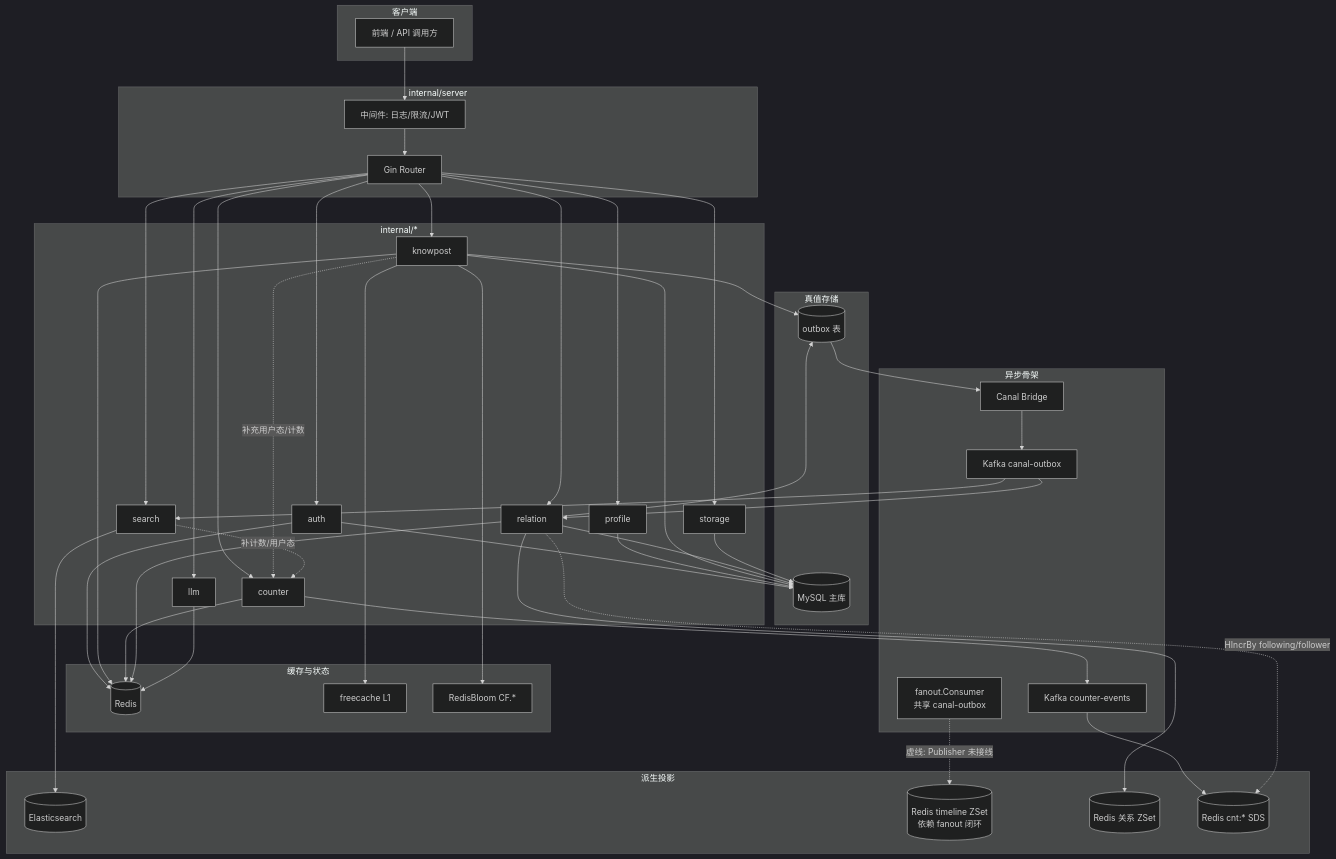
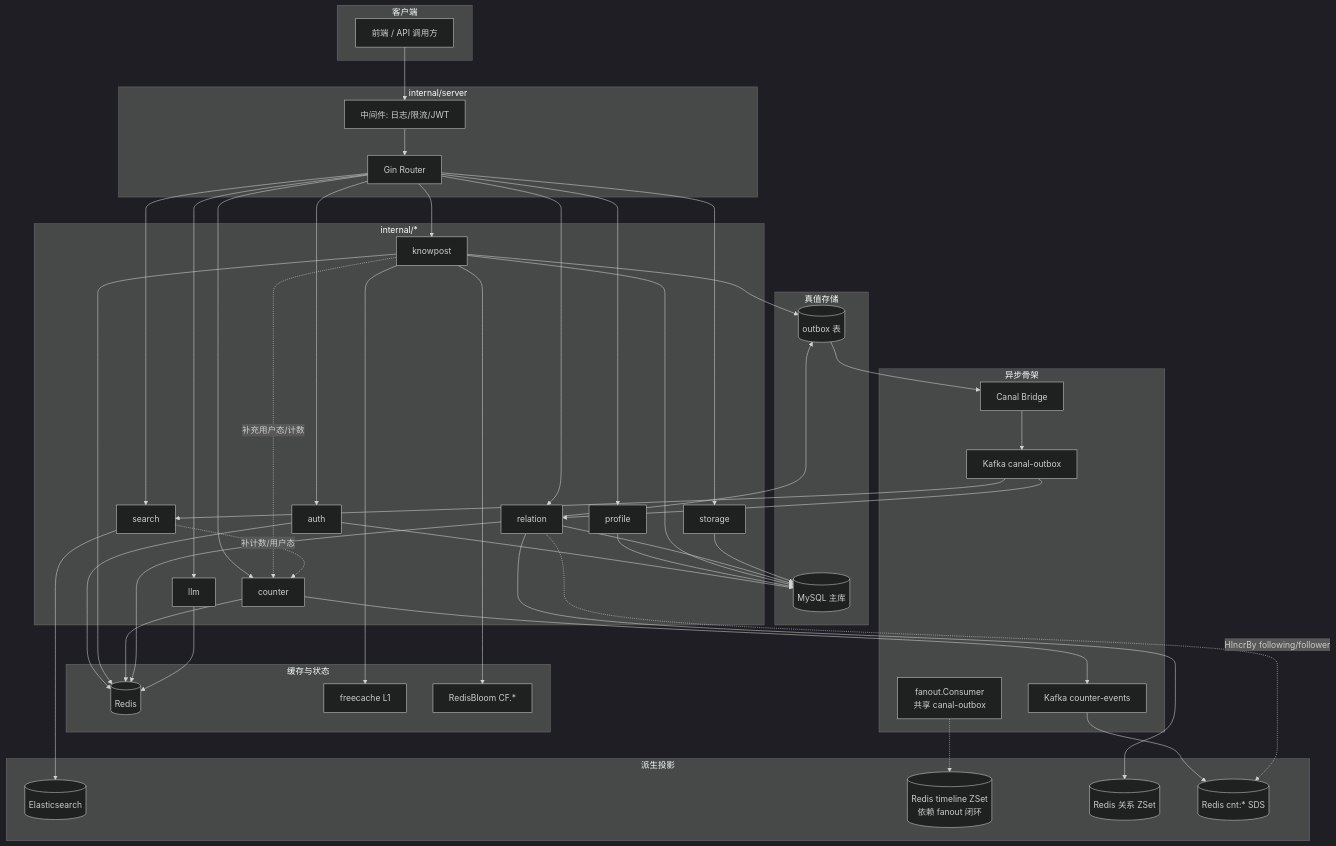
One commit to bitladykiller/zhiguang_go changed the second of 23 diagrams in docs/跨模块流程图.md. Above: the diagram before and after it, drawn with Mermaid (dark theme). The commit also changed other lines of this file and 19 other files, not shown here.

````diff
--- a/docs/跨模块流程图.md
+++ b/docs/跨模块流程图.md
@@ -74,71 +74,71 @@
 ```mermaid
 flowchart TB
     subgraph 客户端
       FE[前端 / API 调用方]
     end
 
     subgraph HTTP层["internal/server"]
       MW[中间件: 日志/限流/JWT]
       R[Gin Router]
     end
 
     subgraph 业务域["internal/*"]
       AUTH[auth]
       PROF[profile]
       KP[knowpost]
       CTR[counter]
       REL[relation]
       SCH[search]
       LLM[llm]
       OSS[storage]
     end
 
     subgraph 真值存储
       MY[(MySQL 主库)]
       OB[(outbox 表)]
     end
 
     subgraph 缓存与状态
       RD[(Redis)]
       L1[freecache L1]
       CF[RedisBloom CF.*]
     end
 
     subgraph 异步骨架
       CN[Canal Bridge]
       K1[Kafka canal-outbox]
       K2[Kafka counter-events]
       K3[fanout.Consumer<br/>共享 canal-outbox]
     end
 
     subgraph 派生投影
       ES[(Elasticsearch)]
       TL[(Redis timeline ZSet<br/>依赖 fanout 闭环)]
       RZ[(Redis 关系 ZSet)]
       SDS[(Redis cnt:* SDS)]
     end
 
     FE --> MW --> R
     R --> AUTH & PROF & KP & CTR & REL & SCH & LLM & OSS
 
     AUTH --> MY & RD
     PROF --> MY
     KP --> MY & OB & RD & L1 & CF
     KP -.补充用户态/计数.-> CTR
     CTR --> RD
     CTR --> K2
     REL --> MY & OB & RD
     SCH --> ES
     SCH -.补计数/用户态.-> CTR
     OSS --> MY
     LLM --> RD
 
     OB --> CN
     CN --> K1
     K1 --> SCH
     K1 --> REL
     K2 --> SDS
     REL --> RZ
     REL -.HIncrBy following/follower.-> SDS
-    K3 -.虚线: Publisher 未接线.-> TL
+    K3 -.-> TL
 ```
````
